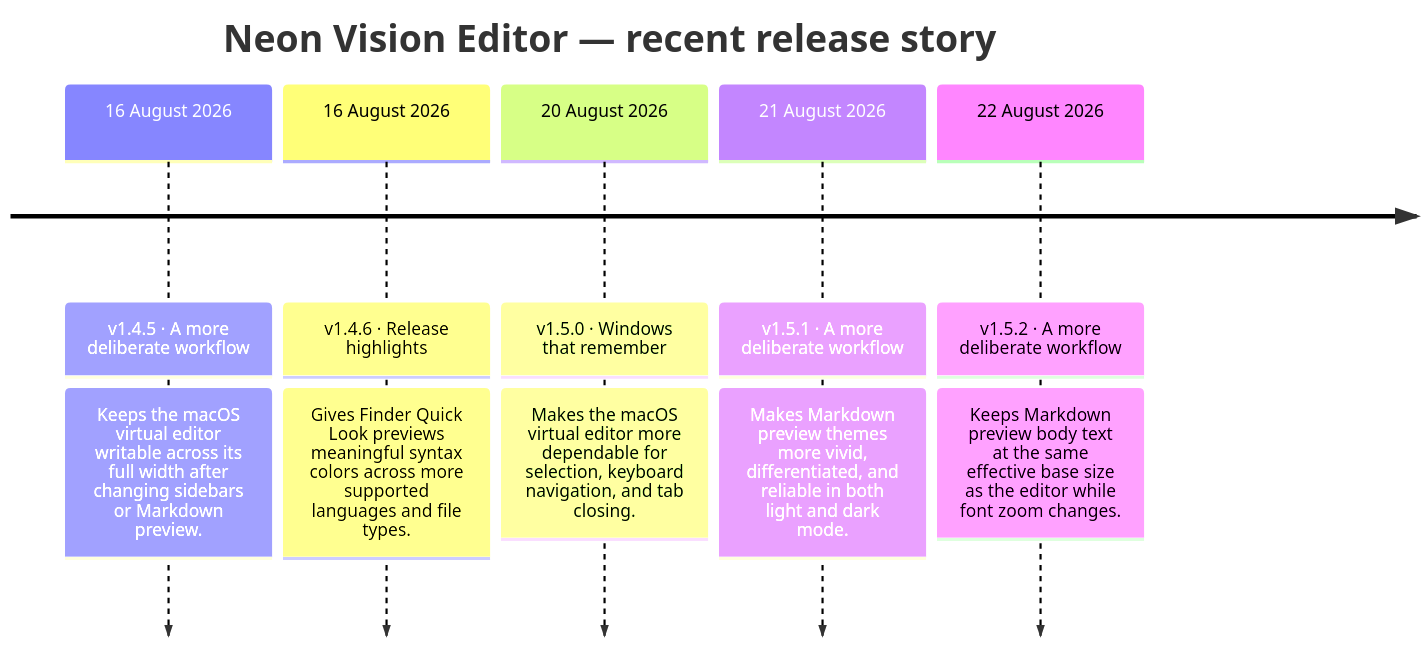
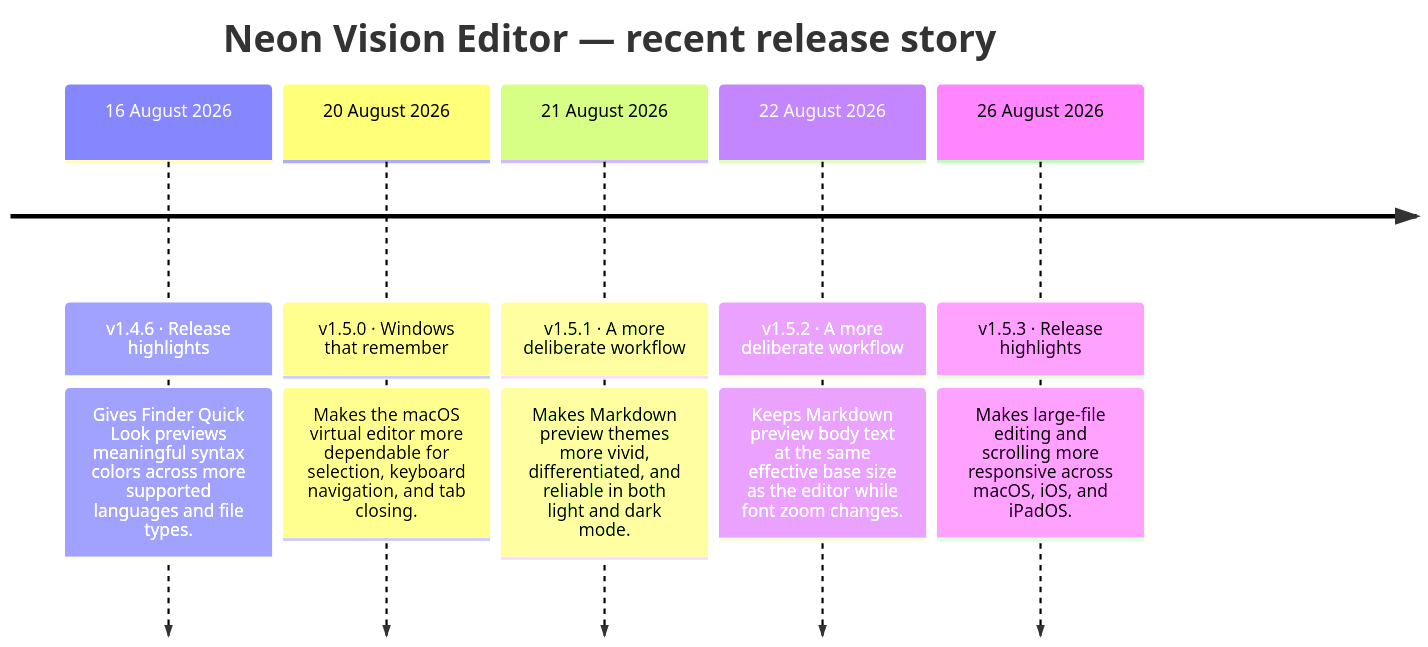
One commit to h3pdesign/Neon-Vision-Editor changed the second of 2 diagrams in README.md. Above: the diagram before and after it, drawn with Mermaid. The commit also changed other lines of this file and 35 other files, not shown here.

````diff
--- a/README.md
+++ b/README.md
@@ -780,14 +780,14 @@
 ```mermaid
 timeline
     title Neon Vision Editor — recent release story
-    16 August 2026 : v1.4.5 · A more deliberate workflow
-                : Keeps the macOS virtual editor writable across its full width after changing sidebars or Markdown preview.
     16 August 2026 : v1.4.6 · Release highlights
                 : Gives Finder Quick Look previews meaningful syntax colors across more supported languages and file types.
     20 August 2026 : v1.5.0 · Windows that remember
                 : Makes the macOS virtual editor more dependable for selection, keyboard navigation, and tab closing.
     21 August 2026 : v1.5.1 · A more deliberate workflow
                 : Makes Markdown preview themes more vivid, differentiated, and reliable in both light and dark mode.
     22 August 2026 : v1.5.2 · A more deliberate workflow
                 : Keeps Markdown preview body text at the same effective base size as the editor while font zoom changes.
+    26 August 2026 : v1.5.3 · Release highlights
+                : Makes large-file editing and scrolling more responsive across macOS, iOS, and iPadOS.
 ```
````
